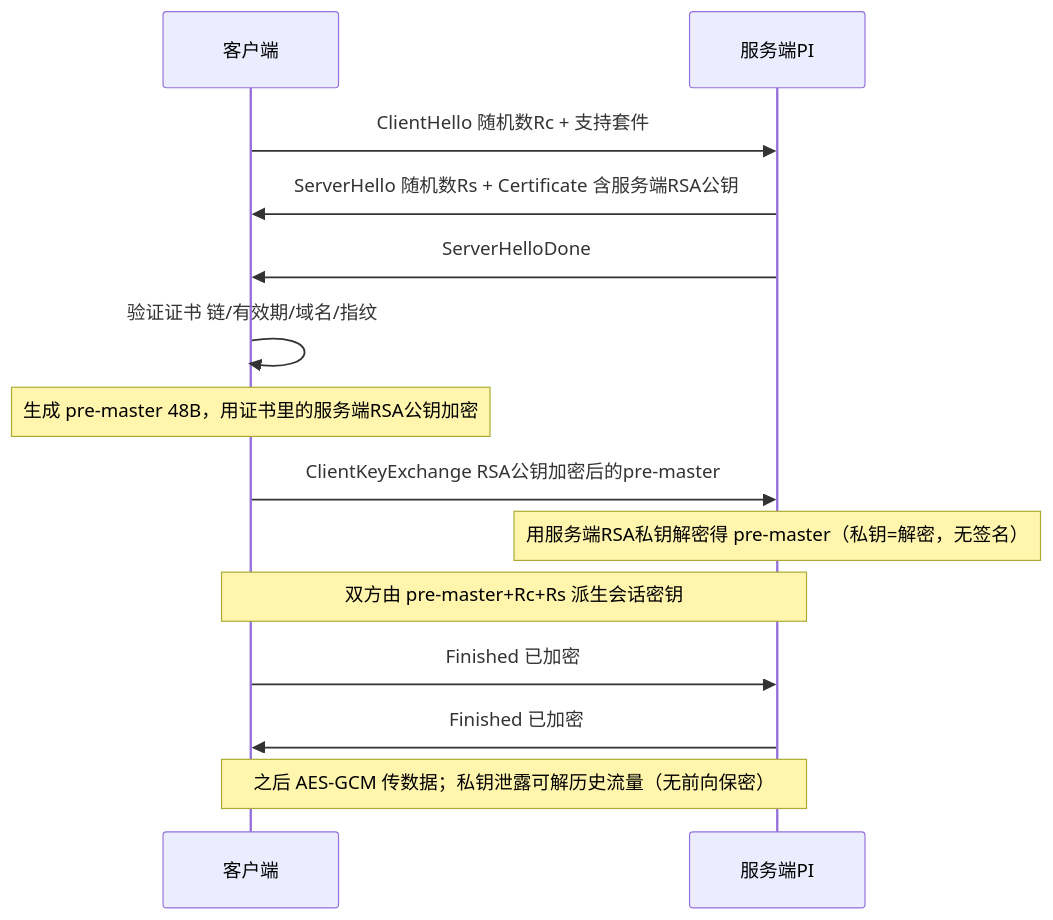
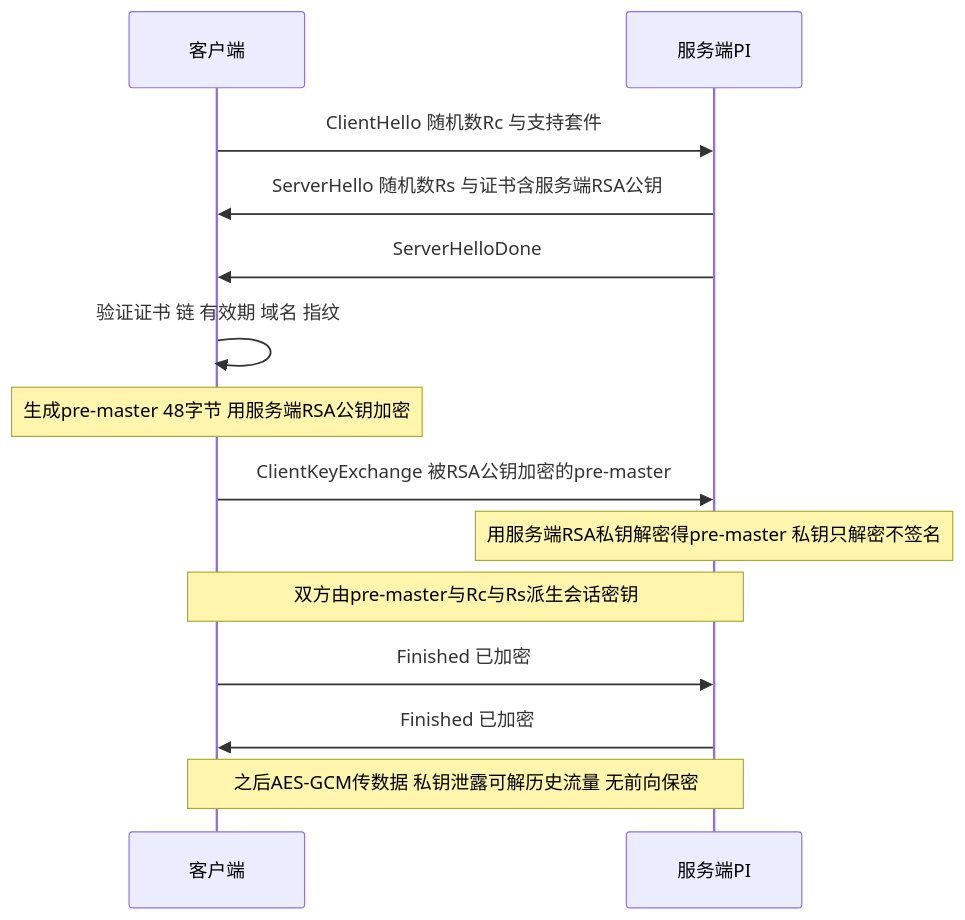
Before and after one commit to vb-wjt/study: the first of 4 diagrams in origin/2-projects/vertiv/PI/experience/v4.0/security-fix/design/background/tls-and-certificate-primer.md, drawn with Mermaid. The commit also changed other lines of this file and 6 other files, not shown here.

````diff
--- a/origin/2-projects/vertiv/PI/experience/v4.0/security-fix/design/background/tls-and-certificate-primer.md
+++ b/origin/2-projects/vertiv/PI/experience/v4.0/security-fix/design/background/tls-and-certificate-primer.md
@@ -24,16 +24,16 @@
 ```mermaid
 sequenceDiagram
   participant C as 客户端
   participant S as 服务端PI
-  C->>S: ClientHello 随机数Rc + 支持套件
-  S->>C: ServerHello 随机数Rs + Certificate 含服务端RSA公钥
+  C->>S: ClientHello 随机数Rc 与支持套件
+  S->>C: ServerHello 随机数Rs 与证书含服务端RSA公钥
   S->>C: ServerHelloDone
-  C->>C: 验证证书 链/有效期/域名/指纹
-  Note over C: 生成 pre-master 48B，用证书里的服务端RSA公钥加密
-  C->>S: ClientKeyExchange RSA公钥加密后的pre-master
-  Note over S: 用服务端RSA私钥解密得 pre-master（私钥=解密，无签名）
-  Note over C,S: 双方由 pre-master+Rc+Rs 派生会话密钥
+  C->>C: 验证证书 链 有效期 域名 指纹
+  Note over C: 生成pre-master 48字节 用服务端RSA公钥加密
+  C->>S: ClientKeyExchange 被RSA公钥加密的pre-master
+  Note over S: 用服务端RSA私钥解密得pre-master 私钥只解密不签名
+  Note over C,S: 双方由pre-master与Rc与Rs派生会话密钥
   C->>S: Finished 已加密
   S->>C: Finished 已加密
-  Note over C,S: 之后 AES-GCM 传数据；私钥泄露可解历史流量（无前向保密）
+  Note over C,S: 之后AES-GCM传数据 私钥泄露可解历史流量 无前向保密
 ```
````
